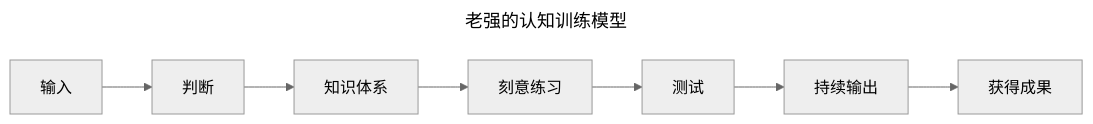
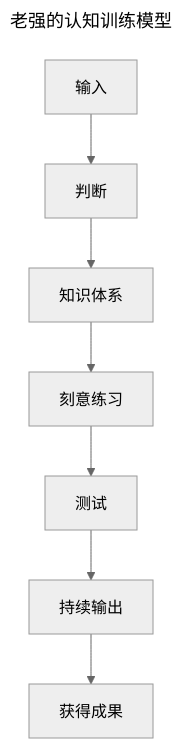
One commit to El25Aleph/_Aleph changed the diagram in docs/PKM-ref-认知模型.md. Above: the diagram before and after it, drawn with Mermaid. The commit also changed 3 other files, not shown here.

````diff
--- a/docs/PKM-ref-认知模型.md
+++ b/docs/PKM-ref-认知模型.md
@@ -15,8 +15,8 @@
 ```mermaid
 ---
 title: 老强的认知训练模型
 ---
-flowchart LR
+flowchart TD
 %%{init: {'theme':'neutral'}}%%
     输入 --> 判断 --> 知识体系 --> 刻意练习 --> 测试 --> 持续输出 --> 获得成果
 ```
````
